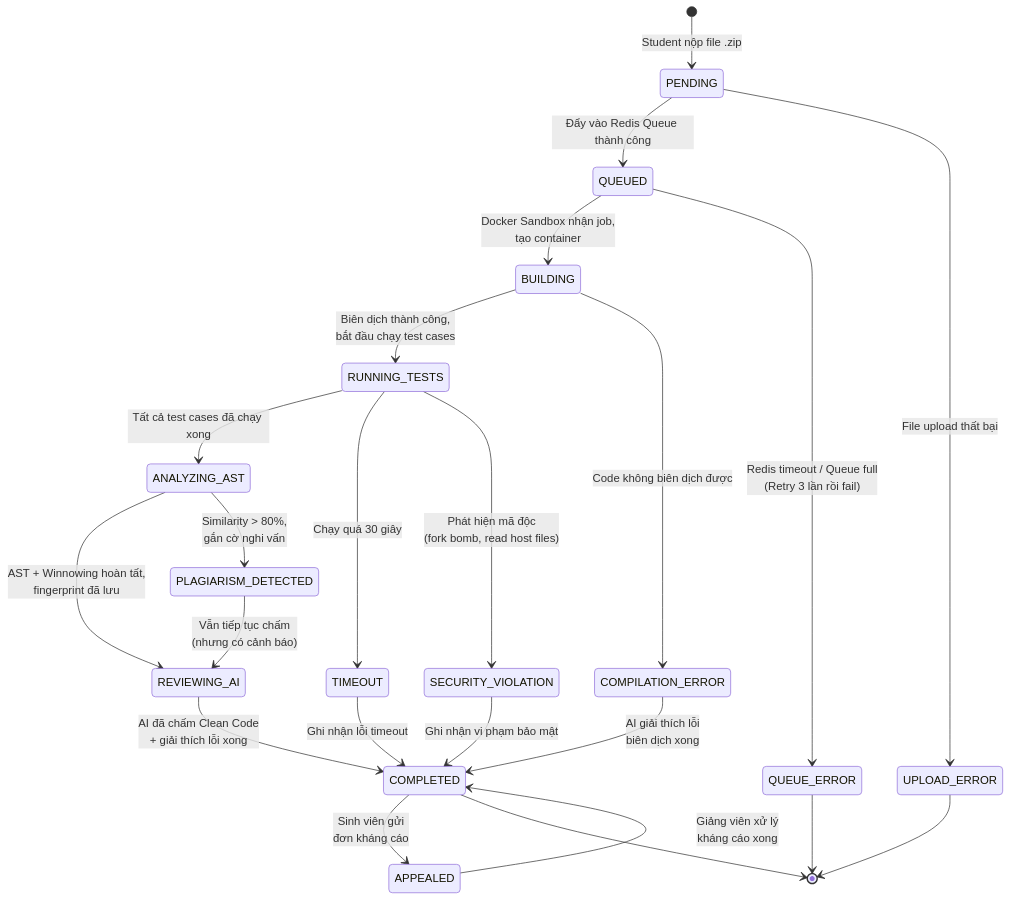
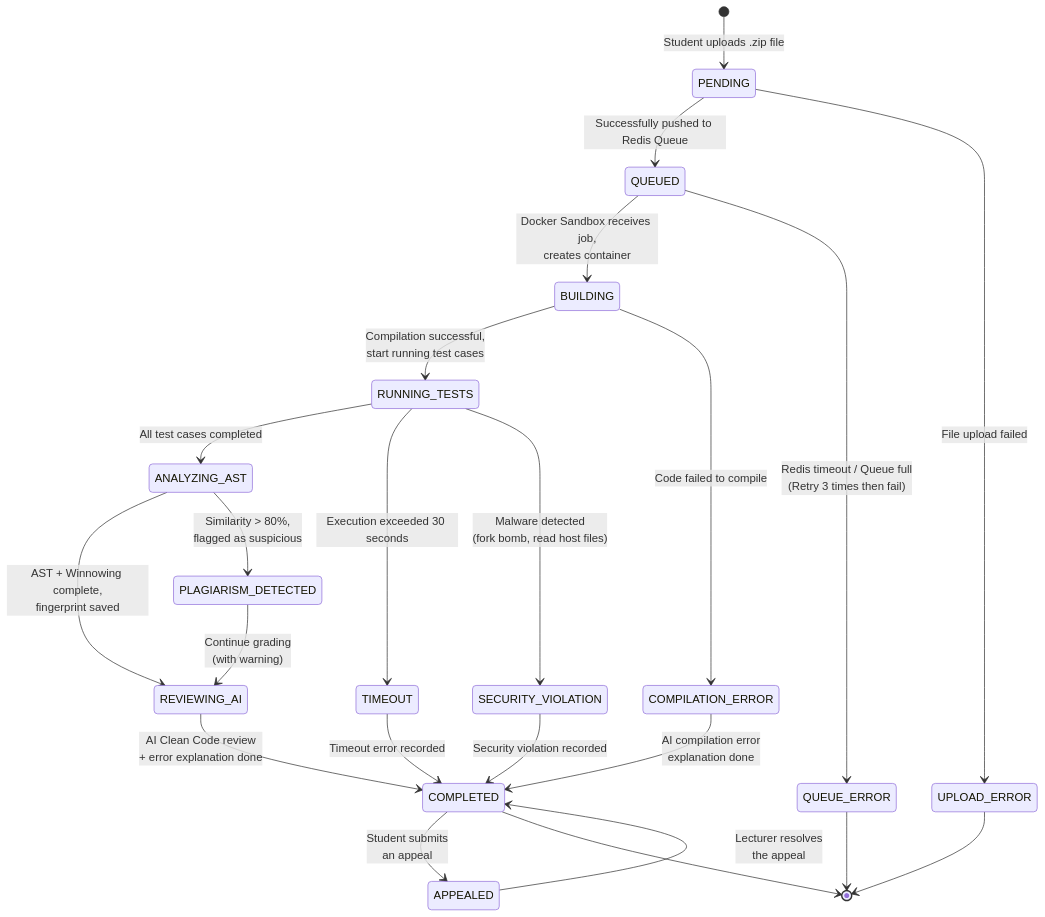
One commit to qucthih/SWP391_Group3 changed the sixth of 9 diagrams in docs/01_SRS/AITA_SRS_Document.md. Above: the diagram before and after it, drawn with Mermaid. The commit also changed other lines of this file and 9 other files, not shown here.

Commit message:
hoàn thành task SRS

````diff
--- a/docs/01_SRS/AITA_SRS_Document.md
+++ b/docs/01_SRS/AITA_SRS_Document.md
@@ -412,35 +412,35 @@
 ```mermaid
 stateDiagram-v2
-    [*] --> PENDING: Student nộp file .zip
+    [*] --> PENDING: Student uploads .zip file
 
-    PENDING --> QUEUED: Đẩy vào Redis Queue thành công
-    PENDING --> UPLOAD_ERROR: File upload thất bại
+    PENDING --> QUEUED: Successfully pushed to Redis Queue
+    PENDING --> UPLOAD_ERROR: File upload failed
 
-    QUEUED --> BUILDING: Docker Sandbox nhận job,<br/>tạo container
-    QUEUED --> QUEUE_ERROR: Redis timeout / Queue full<br/>(Retry 3 lần rồi fail)
+    QUEUED --> BUILDING: Docker Sandbox receives job,<br/>creates container
+    QUEUED --> QUEUE_ERROR: Redis timeout / Queue full<br/>(Retry 3 times then fail)
 
-    BUILDING --> RUNNING_TESTS: Biên dịch thành công,<br/>bắt đầu chạy test cases
-    BUILDING --> COMPILATION_ERROR: Code không biên dịch được
+    BUILDING --> RUNNING_TESTS: Compilation successful,<br/>start running test cases
+    BUILDING --> COMPILATION_ERROR: Code failed to compile
 
-    RUNNING_TESTS --> ANALYZING_AST: Tất cả test cases đã chạy xong
-    RUNNING_TESTS --> TIMEOUT: Chạy quá 30 giây
-    RUNNING_TESTS --> SECURITY_VIOLATION: Phát hiện mã độc<br/>(fork bomb, read host files)
+    RUNNING_TESTS --> ANALYZING_AST: All test cases completed
+    RUNNING_TESTS --> TIMEOUT: Execution exceeded 30 seconds
+    RUNNING_TESTS --> SECURITY_VIOLATION: Malware detected<br/>(fork bomb, read host files)
 
-    ANALYZING_AST --> REVIEWING_AI: AST + Winnowing hoàn tất,<br/>fingerprint đã lưu
-    ANALYZING_AST --> PLAGIARISM_DETECTED: Similarity > 80%,<br/>gắn cờ nghi vấn
+    ANALYZING_AST --> REVIEWING_AI: AST + Winnowing complete,<br/>fingerprint saved
+    ANALYZING_AST --> PLAGIARISM_DETECTED: Similarity > 80%,<br/>flagged as suspicious
 
-    PLAGIARISM_DETECTED --> REVIEWING_AI: Vẫn tiếp tục chấm<br/>(nhưng có cảnh báo)
+    PLAGIARISM_DETECTED --> REVIEWING_AI: Continue grading<br/>(with warning)
 
-    REVIEWING_AI --> COMPLETED: AI đã chấm Clean Code<br/>+ giải thích lỗi xong
+    REVIEWING_AI --> COMPLETED: AI Clean Code review<br/>+ error explanation done
 
-    COMPILATION_ERROR --> COMPLETED: AI giải thích lỗi<br/>biên dịch xong
-    TIMEOUT --> COMPLETED: Ghi nhận lỗi timeout
-    SECURITY_VIOLATION --> COMPLETED: Ghi nhận vi phạm bảo mật
+    COMPILATION_ERROR --> COMPLETED: AI compilation error<br/>explanation done
+    TIMEOUT --> COMPLETED: Timeout error recorded
+    SECURITY_VIOLATION --> COMPLETED: Security violation recorded
 
-    COMPLETED --> APPEALED: Sinh viên gửi<br/>đơn kháng cáo
-    APPEALED --> COMPLETED: Giảng viên xử lý<br/>kháng cáo xong
+    COMPLETED --> APPEALED: Student submits<br/>an appeal
+    APPEALED --> COMPLETED: Lecturer resolves<br/>the appeal
 
     UPLOAD_ERROR --> [*]
     QUEUE_ERROR --> [*]
     COMPLETED --> [*]
 ```
````
